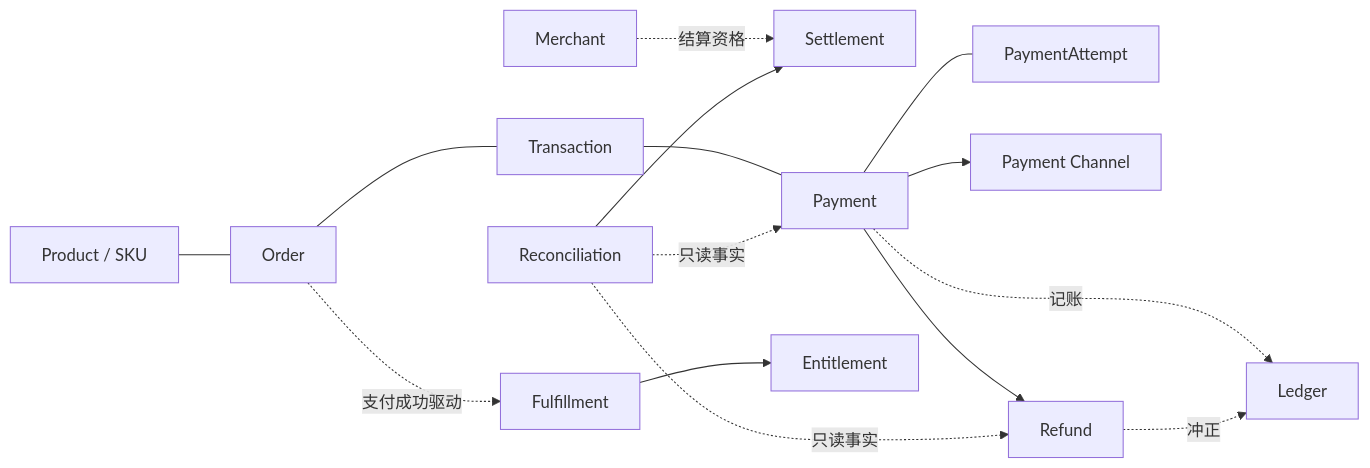
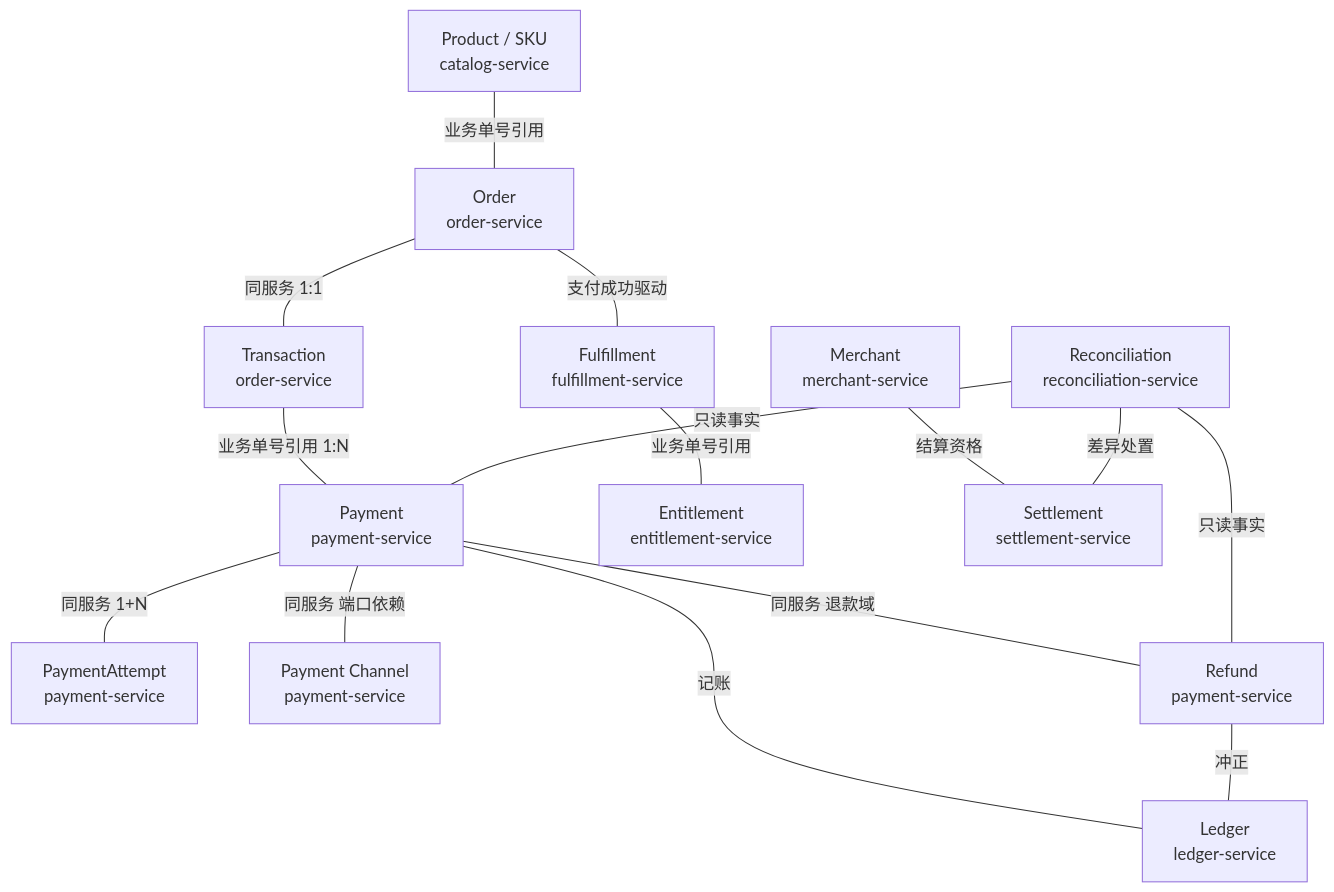
The first of 4 diagrams in docs/architecture/technical-solution.md (ckcky/Payment), drawn with Mermaid before and after one commit. The commit also changed other lines of this file and 28 other files, not shown here.

First line of the commit message:
docs(governance): 治理 v1 收尾——C4 架构图 8 组产物回填 + System Design 15 章骨架落地

````diff
--- a/docs/architecture/technical-solution.md
+++ b/docs/architecture/technical-solution.md
@@ -115,17 +118,30 @@
 ```mermaid
-graph LR
-    Merchant["Merchant"] -. 结算资格 .-> Settlement["Settlement"]
-    Product["Product / SKU"] --- Order["Order"]
-    Order --- Transaction["Transaction"]
-    Transaction --- Payment["Payment"]
-    Payment --- PaymentAttempt["PaymentAttempt"]
-    Payment --> Channel["Payment Channel"]
-    Payment --> Refund["Refund"]
-    Order -. 支付成功驱动 .-> Fulfillment["Fulfillment"]
-    Fulfillment --> Entitlement["Entitlement"]
-    Payment -. 记账 .-> Ledger["Ledger"]
-    Refund -. 冲正 .-> Ledger
-    Reconciliation["Reconciliation"] -. 只读事实 .-> Payment
-    Reconciliation -. 只读事实 .-> Refund
-    Reconciliation --> Settlement
+graph TB
+    Merchant["Merchant<br/>merchant-service"]
+    Product["Product / SKU<br/>catalog-service"]
+    Order["Order<br/>order-service"]
+    Transaction["Transaction<br/>order-service"]
+    Payment["Payment<br/>payment-service"]
+    PaymentAttempt["PaymentAttempt<br/>payment-service"]
+    Channel["Payment Channel<br/>payment-service"]
+    Refund["Refund<br/>payment-service"]
+    Fulfillment["Fulfillment<br/>fulfillment-service"]
+    Entitlement["Entitlement<br/>entitlement-service"]
+    Ledger["Ledger<br/>ledger-service"]
+    Reconciliation["Reconciliation<br/>reconciliation-service"]
+    Settlement["Settlement<br/>settlement-service"]
+    Product ---|业务单号引用| Order
+    Order ---|同服务 1:1| Transaction
+    Transaction ---|业务单号引用 1:N| Payment
+    Payment ---|同服务 1+N| PaymentAttempt
+    Payment ---|同服务 端口依赖| Channel
+    Payment ---|同服务 退款域| Refund
+    Order ---|支付成功驱动| Fulfillment
+    Fulfillment ---|业务单号引用| Entitlement
+    Payment ---|记账| Ledger
+    Refund ---|冲正| Ledger
+    Merchant ---|结算资格| Settlement
+    Reconciliation ---|只读事实| Payment
+    Reconciliation ---|只读事实| Refund
+    Reconciliation ---|差异处置| Settlement
 ```
````
